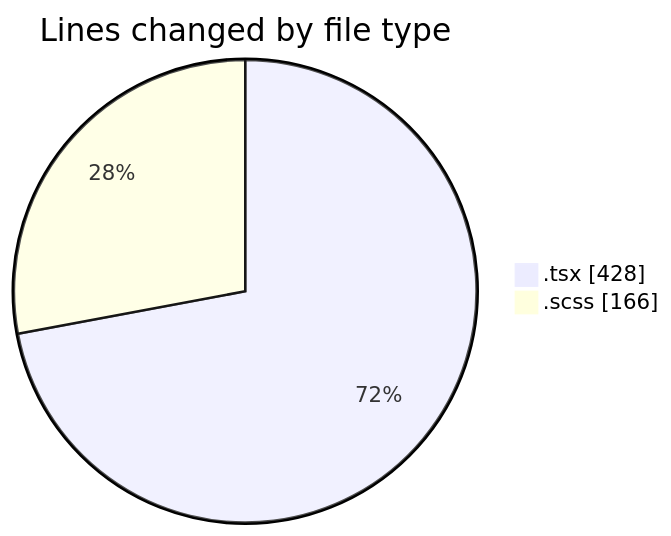
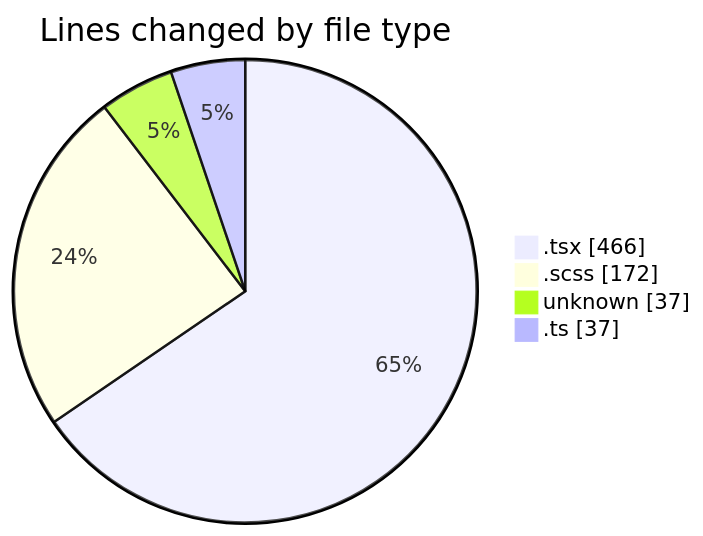
One commit to momahboobian/code-tracking changed the first of 2 diagrams in 2025-09-16/cda/README.md. Above: the diagram before and after it, drawn with Mermaid. The commit also changed other lines of this file and 1 other file, not shown here.

````diff
--- a/2025-09-16/cda/README.md
+++ b/2025-09-16/cda/README.md
@@ -22,6 +24,8 @@
 ```mermaid
 pie showData
 title Lines changed by file type
-".tsx" : 428
-".scss" : 166
+".tsx" : 466
+".scss" : 172
+"unknown" : 37
+".ts" : 37
 ```
````
